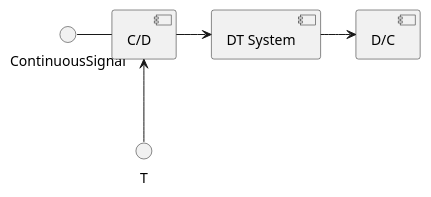
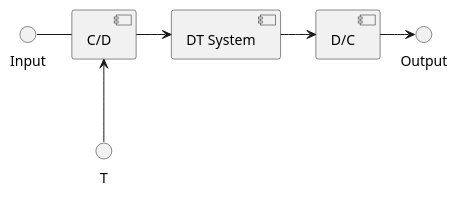
One commit to ashwinreddy/wiki changed the diagram in Engineering/Signal-Processing/Digital signal processing.md. Above: the diagram before and after it, drawn with PlantUML.

Commit message:
Updated Digital signal processing.md (markdown)

```diff
--- a/Engineering/Signal-Processing/Digital signal processing.md
+++ b/Engineering/Signal-Processing/Digital signal processing.md
@@ -6,6 +6,7 @@
 @startuml
-ContinuousSignal - [C/D]
+Input - [C/D]
 [C/D] <-- T
 [C/D] -> [DT System]
 [DT System] -> [D/C]
+[D/C] -> Output
 @enduml
```
